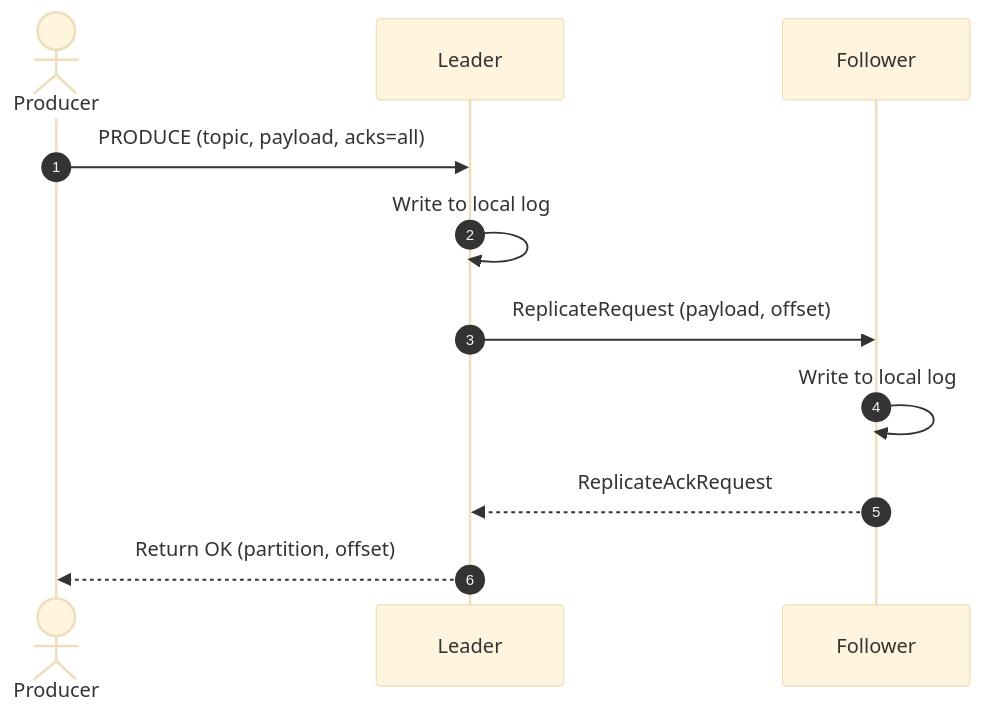
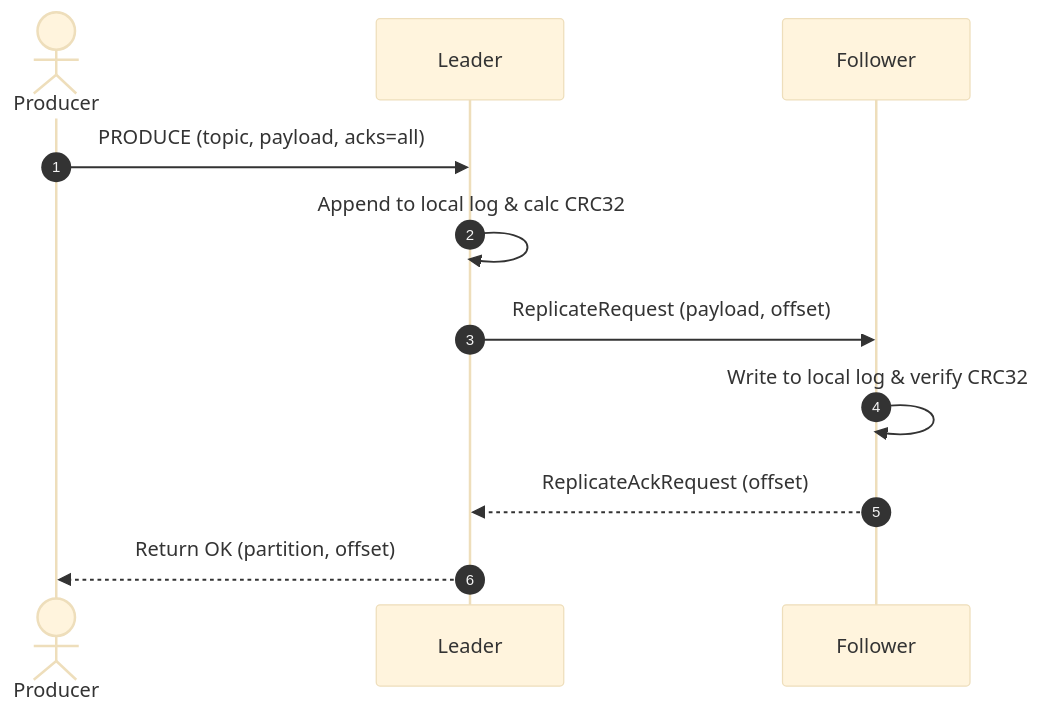
Before and after one commit to aryanp160/cowpybaraMQ: the third of 5 diagrams in README.md, drawn with Mermaid (base theme). The commit also changed other lines of this file and 4 other files, not shown here.

````diff
--- a/README.md
+++ b/README.md
@@ -128,14 +102,14 @@
 ```mermaid
 sequenceDiagram
     autonumber
     actor Producer
     participant Leader
     participant Follower
     
     Producer->>Leader: PRODUCE (topic, payload, acks=all)
-    Leader->>Leader: Write to local log
+    Leader->>Leader: Append to local log & calc CRC32
     Leader->>Follower: ReplicateRequest (payload, offset)
-    Follower->>Follower: Write to local log
-    Follower-->>Leader: ReplicateAckRequest
+    Follower->>Follower: Write to local log & verify CRC32
+    Follower-->>Leader: ReplicateAckRequest (offset)
     Leader-->>Producer: Return OK (partition, offset)
 ```
````
